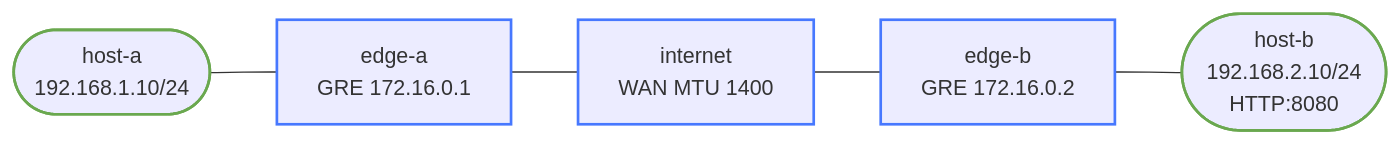
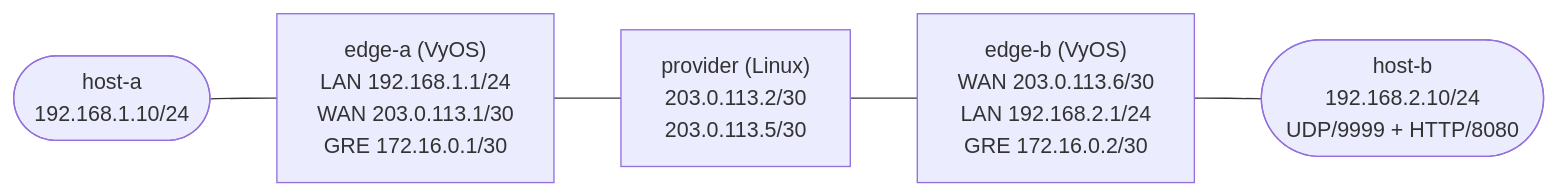
Before and after one commit to jschless/networkingLabs: the diagram in labs/mtu-pmtud-troubleshooting/README.md, drawn with Mermaid. The commit also changed other lines of this file and 198 other files, not shown here.

````diff
--- a/labs/mtu-pmtud-troubleshooting/README.md
+++ b/labs/mtu-pmtud-troubleshooting/README.md
@@ -21,18 +11,13 @@
 ```mermaid
 flowchart LR
     hosta(["host-a<br/>192.168.1.10/24"])
-    edgea["edge-a<br/>GRE 172.16.0.1"]
-    internet["internet<br/>WAN MTU 1400"]
-    edgeb["edge-b<br/>GRE 172.16.0.2"]
-    hostb(["host-b<br/>192.168.2.10/24<br/>HTTP:8080"])
+    edgea["edge-a (VyOS)<br/>LAN 192.168.1.1/24<br/>WAN 203.0.113.1/30<br/>GRE 172.16.0.1/30"]
+    provider["provider (Linux)<br/>203.0.113.2/30<br/>203.0.113.5/30"]
+    edgeb["edge-b (VyOS)<br/>WAN 203.0.113.6/30<br/>LAN 192.168.2.1/24<br/>GRE 172.16.0.2/30"]
+    hostb(["host-b<br/>192.168.2.10/24<br/>UDP/9999 + HTTP/8080"])
 
     hosta --- edgea
-    edgea --- internet
-    internet --- edgeb
+    edgea --- provider
+    provider --- edgeb
     edgeb --- hostb
-
-    classDef router stroke:#4778ff,stroke-width:2px
-    classDef host stroke:#6aa84f,stroke-width:2px
-    class edgea,internet,edgeb router
-    class hosta,hostb host
 ```
````
